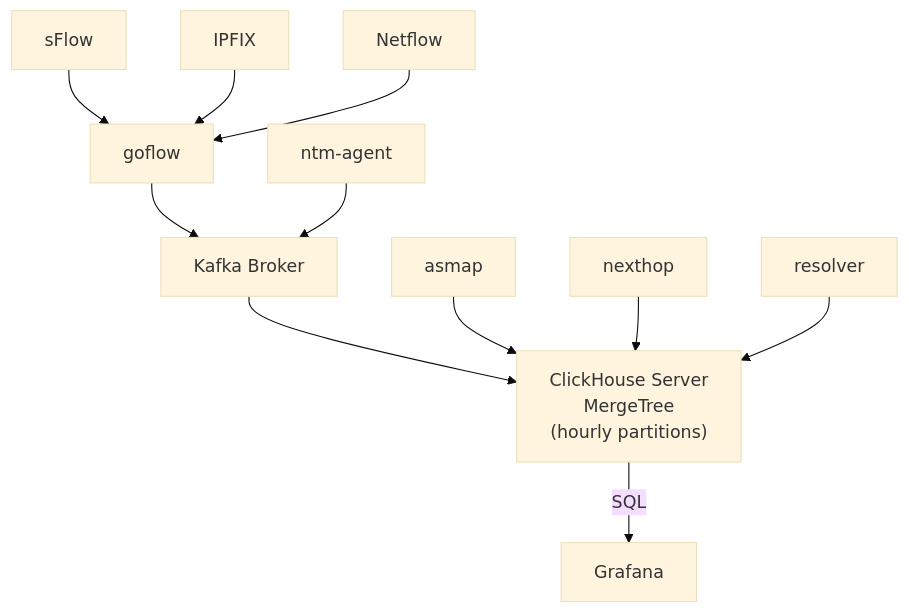
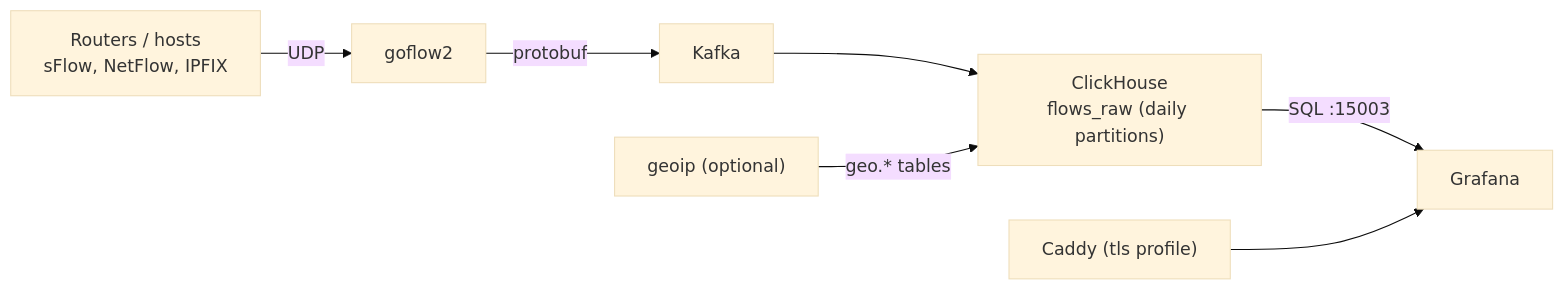
One commit to slothnetworks/sflow changed the diagram in README.md. Above: the diagram before and after it, drawn with Mermaid (base theme). The commit also changed other lines of this file and 46 other files, not shown here.

First line of the commit message:
Implement geo enrichment and Kafka ingestion for flow data

````diff
--- a/README.md
+++ b/README.md
@@ -121,18 +90,9 @@
 ```mermaid
-flowchart TD;
-    sFlow --> goflow
-    IPFIX --> goflow
-    Netflow --> goflow
-
-    kafka[Kafka Broker]
-    clickhouse["ClickHouse Server</br>MergeTree</br>(hourly partitions)"]
-    
-    goflow --> kafka
-    ntm-agent --> kafka
-    kafka --> clickhouse
-    clickhouse --> |SQL| grafana[Grafana]
-    asmap --> clickhouse
-    nexthop --> clickhouse
-    resolver --> clickhouse
-
+flowchart LR
+    exporters["Routers / hosts<br/>sFlow, NetFlow, IPFIX"] -->|UDP| goflow2
+    goflow2 -->|protobuf| kafka[Kafka]
+    kafka --> clickhouse["ClickHouse<br/>flows_raw (daily partitions)"]
+    geoip["geoip (optional)"] -->|geo.* tables| clickhouse
+    clickhouse -->|SQL :15003| grafana[Grafana]
+    caddy["Caddy (tls profile)"] --> grafana
 ```
````
